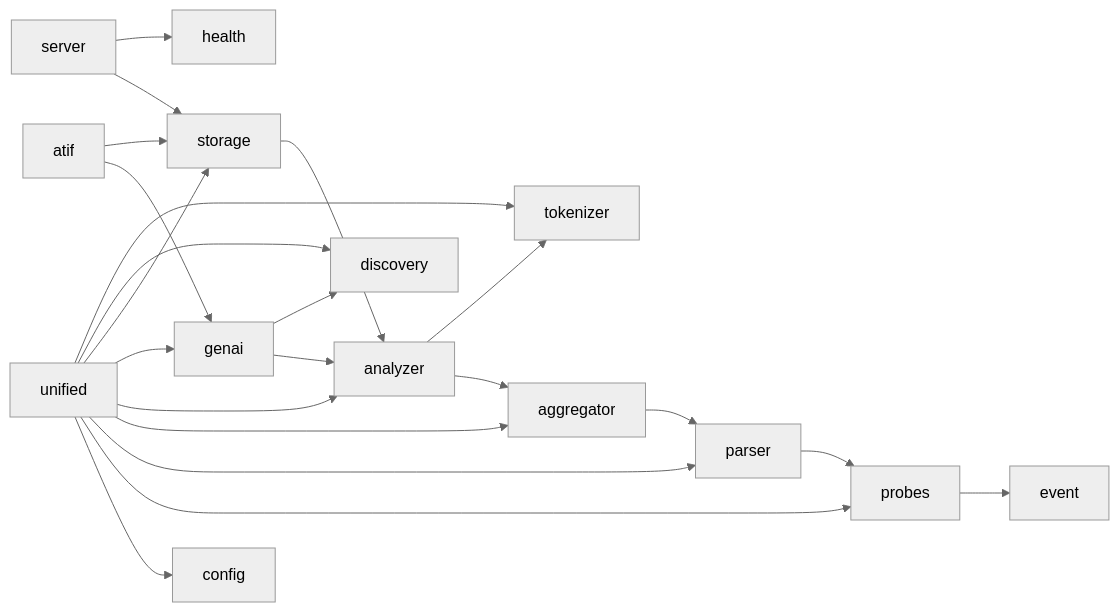
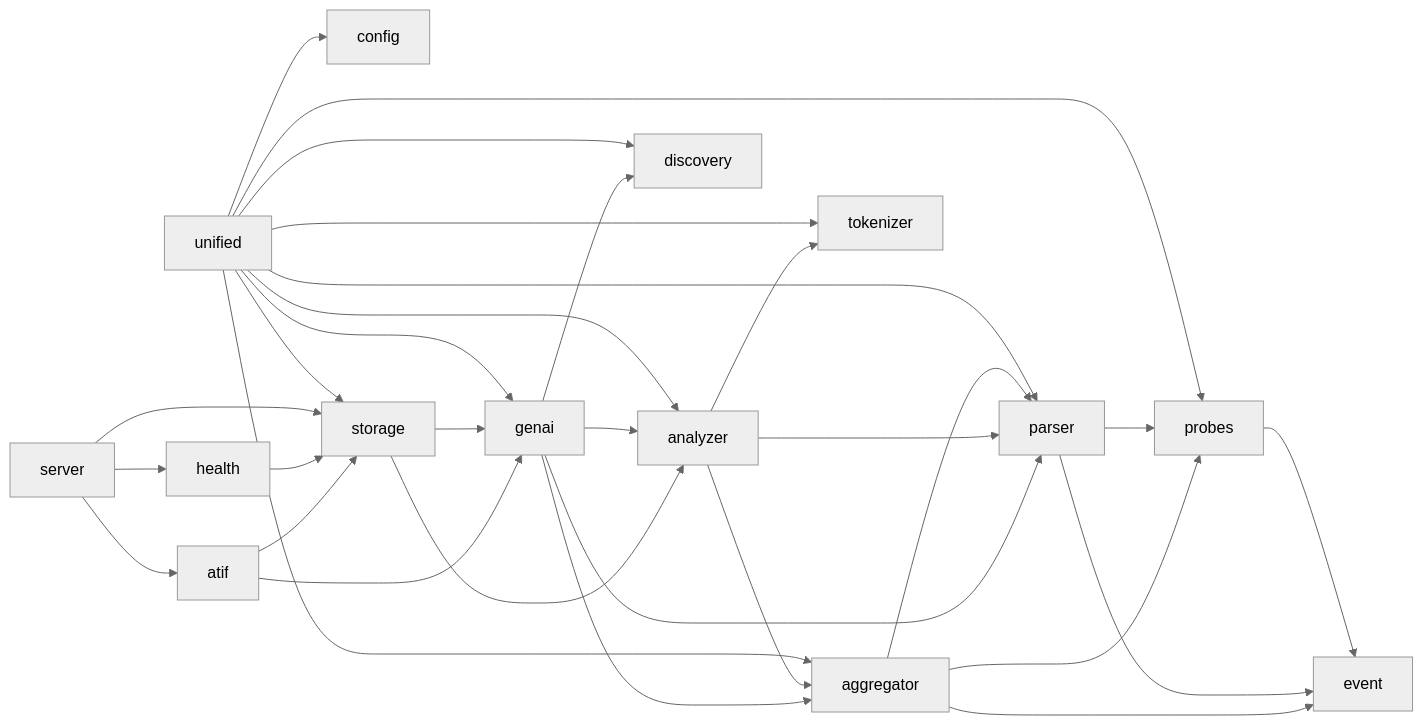
The second of 3 diagrams in src/agentsight/docs/ARCHITECTURE.md (aliyun/coolbpf), drawn with Mermaid (neutral theme) before and after one commit. The commit also changed other lines of this file, not shown here.

Commit message:
docs(sight): update dependency graph to reflect actual module relationships
Supplement the Mermaid dependency graph and Layer Architecture table
with edges that exist in code but were previously undocumented:

- parser --> event
- aggregator --> probes, event
- analyzer --> parser
- genai --> aggregator, parser (crash recovery path)
- storage --> genai
- server --> atif (ATIF export endpoints)
- health --> storage (interruption event queries)

Update Layer table dependency columns for L4, L5, L7 accordingly.

````diff
--- a/src/agentsight/docs/ARCHITECTURE.md
+++ b/src/agentsight/docs/ARCHITECTURE.md
@@ -95,40 +95,49 @@
 ```mermaid
 graph LR
     config[config]
     probes[probes]
     event[event]
     parser[parser]
     aggregator[aggregator]
     analyzer[analyzer]
     tokenizer[tokenizer]
     genai[genai]
     storage[storage]
     discovery[discovery]
     health[health]
     atif[atif]
     server[server]
     unified[unified]
 
     unified --> config
     unified --> probes
     unified --> parser
     unified --> aggregator
     unified --> analyzer
     unified --> genai
     unified --> storage
     unified --> discovery
     unified --> tokenizer
 
     probes --> event
     parser --> probes
+    parser --> event
     aggregator --> parser
+    aggregator --> probes
+    aggregator --> event
     analyzer --> aggregator
     analyzer --> tokenizer
+    analyzer --> parser
     genai --> analyzer
     genai --> discovery
+    genai --> aggregator
+    genai --> parser
     storage --> analyzer
+    storage --> genai
     server --> storage
     server --> health
+    server --> atif
+    health --> storage
     atif --> genai
     atif --> storage
 ```
````
